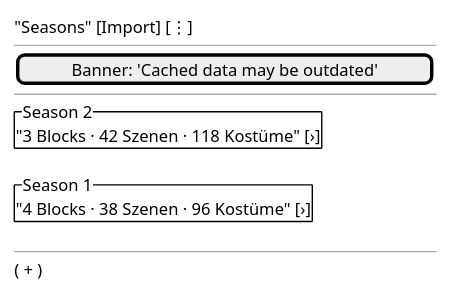
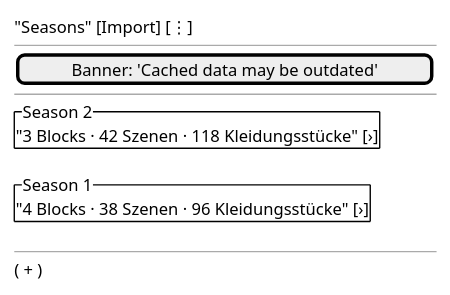
Before and after one commit to tradem/breakdown-rs: the diagram in docs/design/screens/seasons.md, drawn with PlantUML. The commit also changed 25 other files, not shown here.

````diff
--- a/docs/design/screens/seasons.md
+++ b/docs/design/screens/seasons.md
@@ -29,16 +29,16 @@
 ```plantuml
 @startsalt
 {
   "Seasons" [Import] [⋮]
   --
   [Banner: 'Cached data may be outdated']
   --
   {^ "Season 2"
-     "3 Blocks · 42 Szenen · 118 Kostüme" [›]}
+     "3 Blocks · 42 Szenen · 118 Kleidungsstücke" [›]}
   {^ "Season 1"
-     "4 Blocks · 38 Szenen · 96 Kostüme" [›]}
+     "4 Blocks · 38 Szenen · 96 Kleidungsstücke" [›]}
   --
   ( + )
 }
 @endsalt
 ```
````
